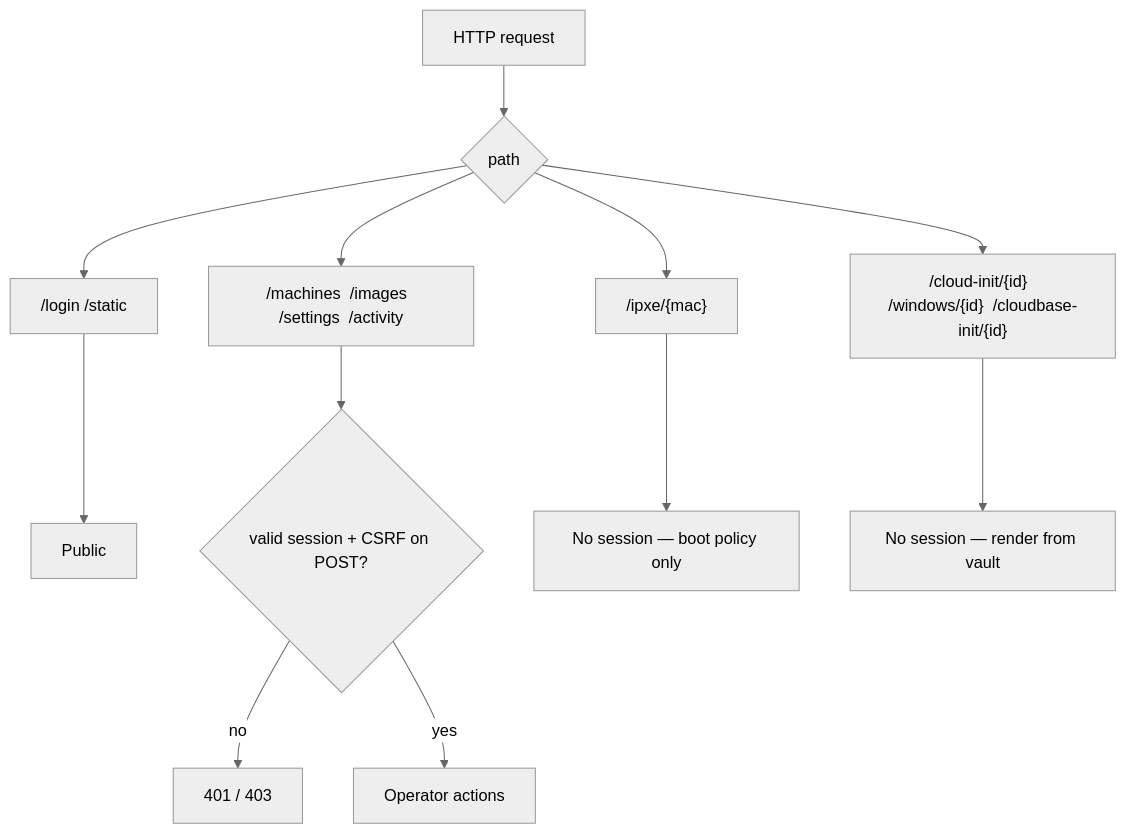
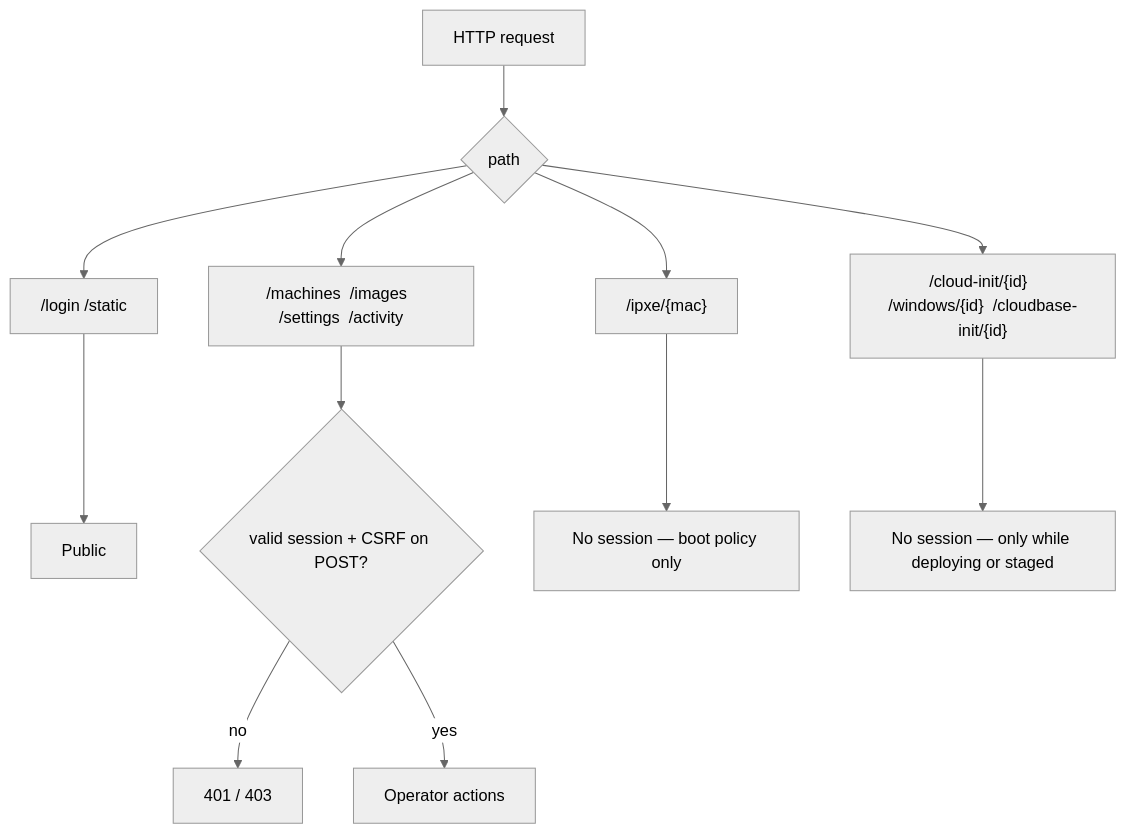
One commit to hometinker12/home-lab-pxe changed diagram 18 of 24 in ARCHITECTURE.md. Above: the diagram before and after it, drawn with Mermaid (neutral theme). The commit also changed other lines of this file and 9 other files, not shown here.

````diff
--- a/ARCHITECTURE.md
+++ b/ARCHITECTURE.md
@@ -407,14 +407,14 @@
 ```mermaid
 flowchart TD
   R["HTTP request"] --> K{"path"}
   K --> L["/login  /static"]
   L --> PUB["Public"]
   K --> A["/machines  /images  /settings  /activity"]
   A --> S{"valid session + CSRF on POST?"}
   S -->|no| DENY["401 / 403"]
   S -->|yes| OP["Operator actions"]
   K --> B["/ipxe/{mac}"]
   B --> LAN1["No session — boot policy only"]
   K --> G["/cloud-init/{id}  /windows/{id}  /cloudbase-init/{id}"]
-  G --> LAN2["No session — render from vault"]
+  G --> LAN2["No session — only while deploying or staged"]
 ```
````
